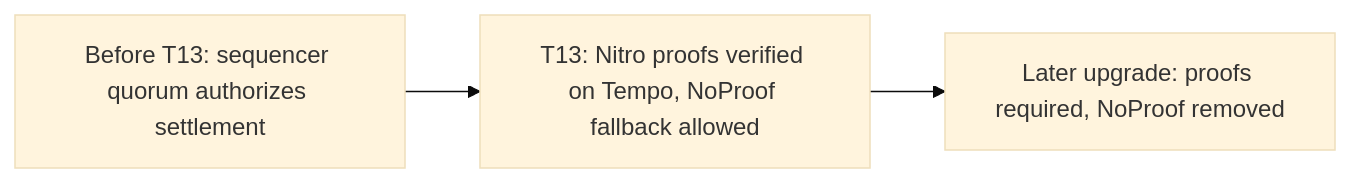
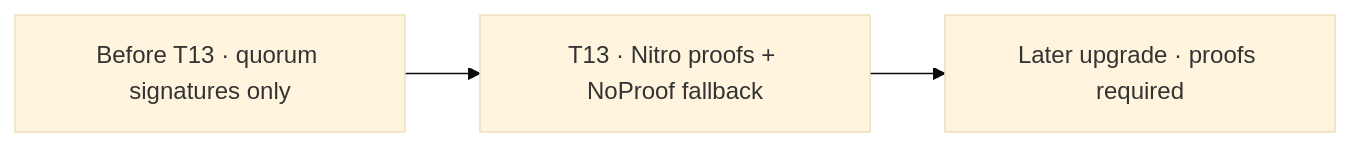
One commit to tempoxyz/docs changed the diagram in src/diagrams/t13/prover-rollout.mmd. Above: the diagram before and after it, drawn with Mermaid (base theme). The commit also changed 7 other files, not shown here.

Commit message:
docs: simplify T13 diagrams and add label pills

```diff
--- a/src/diagrams/t13/prover-rollout.mmd
+++ b/src/diagrams/t13/prover-rollout.mmd
@@ -1,3 +1,2 @@
 flowchart LR
-  before[Before T13: sequencer quorum authorizes settlement] --> t13[T13: Nitro proofs verified on Tempo, NoProof fallback allowed]:::accent
-  t13 --> later[Later upgrade: proofs required, NoProof removed]
+  before[Before T13 · quorum signatures only] --> t13[T13 · Nitro proofs + NoProof fallback]:::accent --> later[Later upgrade · proofs required]
```
